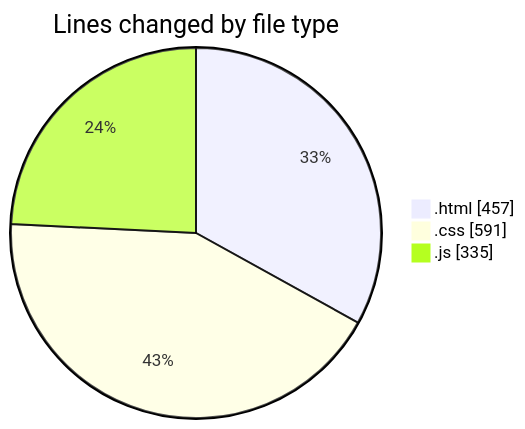
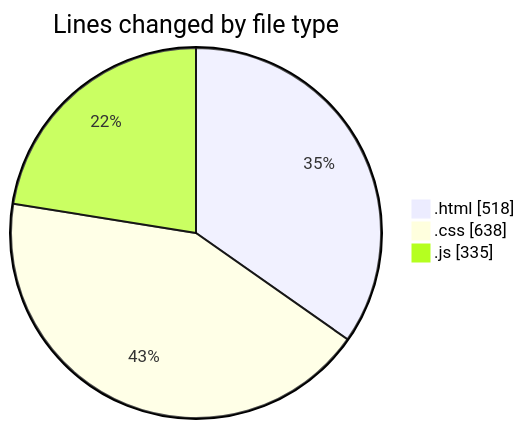
The first of 2 diagrams in 2025-09-01/project_3/README.md (IJAZ3593/code-tracking), drawn with Mermaid before and after one commit. The commit also changed other lines of this file and 1 other file, not shown here.

````diff
--- a/2025-09-01/project_3/README.md
+++ b/2025-09-01/project_3/README.md
@@ -26,7 +26,7 @@
 ```mermaid
 pie showData
 title Lines changed by file type
-".html" : 457
-".css" : 591
+".html" : 518
+".css" : 638
 ".js" : 335
 ```
````
